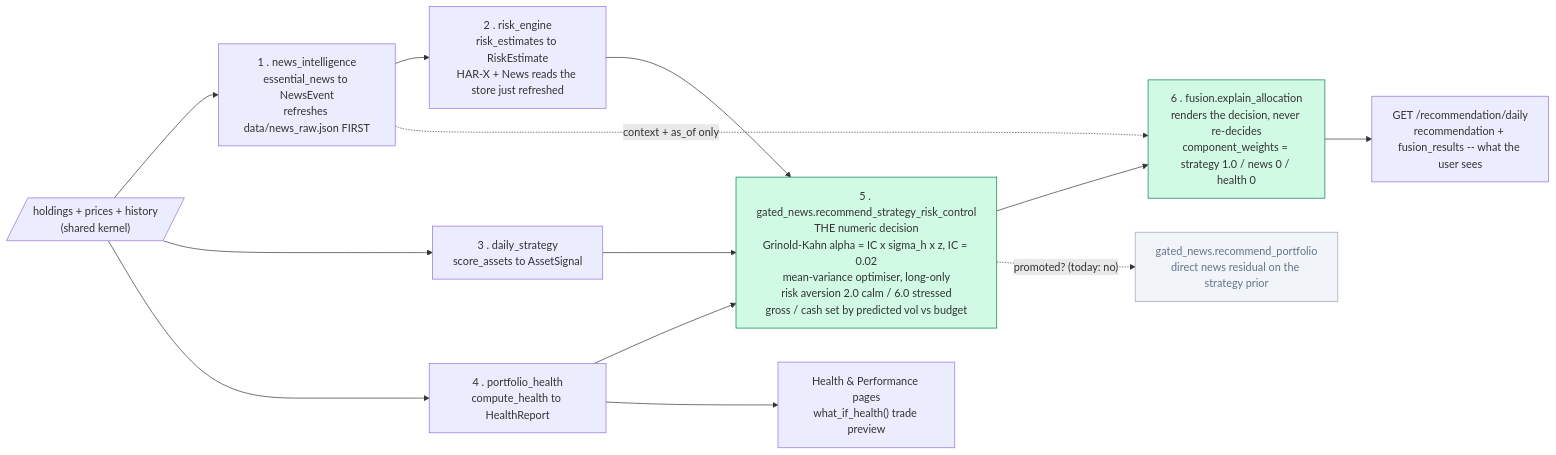
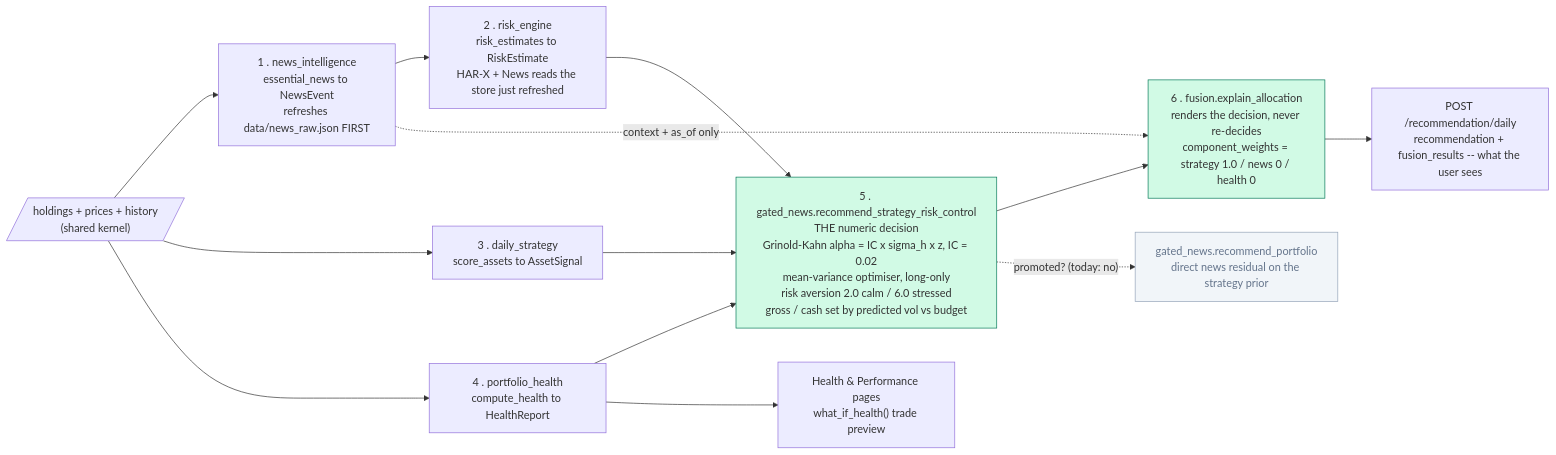
One commit to lmh202/finance_prj changed the second of 3 diagrams in docs/AURORA-system-architecture.md. Above: the diagram before and after it, drawn with Mermaid. The commit also changed other lines of this file and 30 other files, not shown here.

````diff
--- a/docs/AURORA-system-architecture.md
+++ b/docs/AURORA-system-architecture.md
@@ -148,25 +168,25 @@
 ```mermaid
 flowchart LR
     KERNEL[/"holdings + prices + history<br/>(shared kernel)"/]
 
     KERNEL --> N1["1 . news_intelligence<br/>essential_news to NewsEvent<br/>refreshes data/news_raw.json FIRST"]
     N1 --> R1["2 . risk_engine<br/>risk_estimates to RiskEstimate<br/>HAR-X + News reads the store just refreshed"]
     KERNEL --> S1["3 . daily_strategy<br/>score_assets to AssetSignal"]
     KERNEL --> H1["4 . portfolio_health<br/>compute_health to HealthReport"]
 
     R1 --> OPT["5 . gated_news.recommend_strategy_risk_control<br/>THE numeric decision<br/>Grinold-Kahn alpha = IC x sigma_h x z, IC = 0.02<br/>mean-variance optimiser, long-only<br/>risk aversion 2.0 calm / 6.0 stressed<br/>gross / cash set by predicted vol vs budget"]
     S1 --> OPT
     H1 --> OPT
 
     OPT --> EXP["6 . fusion.explain_allocation<br/>renders the decision, never re-decides<br/>component_weights = strategy 1.0 / news 0 / health 0"]
     N1 -.->|"context + as_of only"| EXP
 
-    EXP --> OUT["GET /recommendation/daily<br/>recommendation + fusion_results -- what the user sees"]
+    EXP --> OUT["POST /recommendation/daily<br/>recommendation + fusion_results -- what the user sees"]
     H1 --> HEALTHOUT["Health & Performance pages<br/>what_if_health() trade preview"]
 
     OPT -.->|"promoted? (today: no)"| GATED["gated_news.recommend_portfolio<br/>direct news residual on the strategy prior"]
 
     style OPT fill:#D1FAE5,stroke:#047857
     style EXP fill:#D1FAE5,stroke:#047857
     style GATED fill:#F1F5F9,stroke:#94A3B8,color:#64748B
 ```
````
